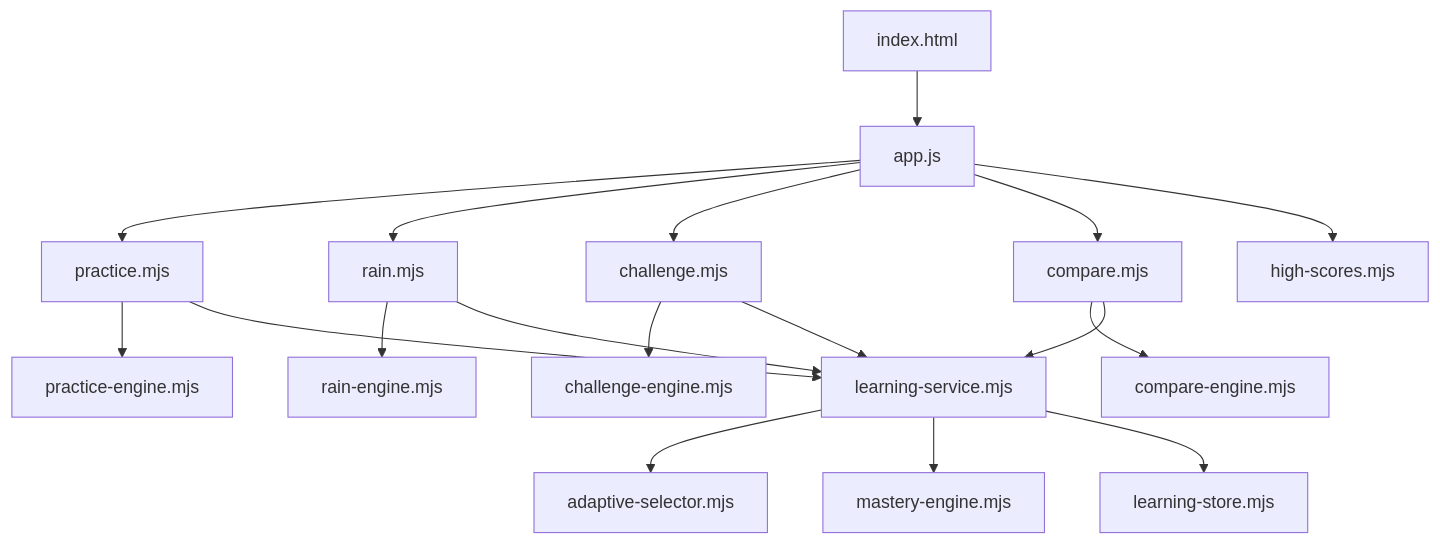
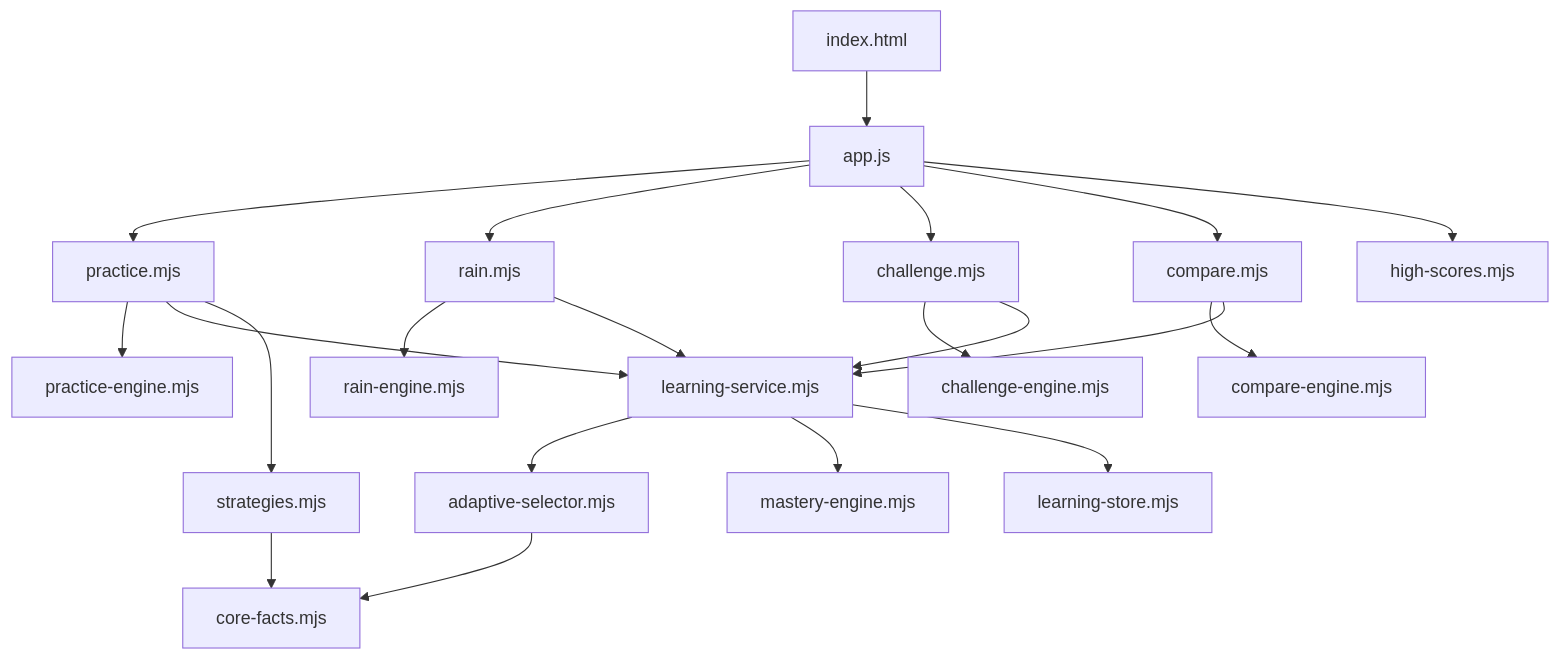
The diagram in docs/ENGINE.md (kieutv107/dao-toan-vui), drawn with Mermaid before and after one commit. The commit also changed other lines of this file and 31 other files, not shown here.

````diff
--- a/docs/ENGINE.md
+++ b/docs/ENGINE.md
@@ -7,22 +7,25 @@
 ```mermaid
 flowchart TD
   HTML[index.html] --> Shell[app.js]
   Shell --> Practice[practice.mjs]
   Shell --> Rain[rain.mjs]
   Shell --> Challenge[challenge.mjs]
   Shell --> Compare[compare.mjs]
 
   Practice --> PracticeEngine[practice-engine.mjs]
   Rain --> RainEngine[rain-engine.mjs]
   Challenge --> ChallengeEngine[challenge-engine.mjs]
   Compare --> CompareEngine[compare-engine.mjs]
 
   Practice --> Learning[learning-service.mjs]
   Rain --> Learning
   Challenge --> Learning
   Compare --> Learning
   Learning --> Selector[adaptive-selector.mjs]
   Learning --> Mastery[mastery-engine.mjs]
   Learning --> LearningStore[learning-store.mjs]
+  Selector --> CoreFacts[core-facts.mjs]
+  Practice --> Strategies[strategies.mjs]
+  Strategies --> CoreFacts
   Shell --> Scores[high-scores.mjs]
 ```
````
